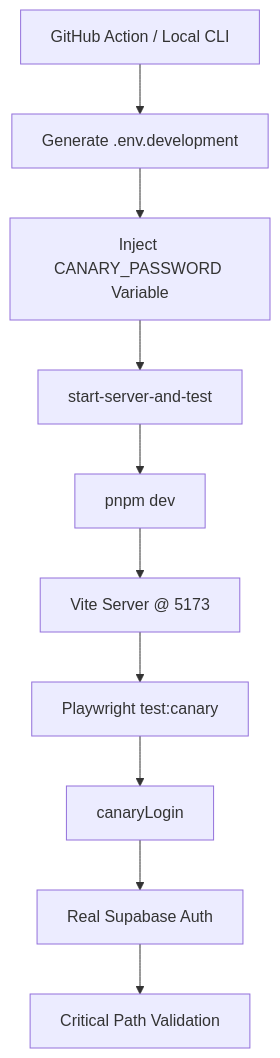
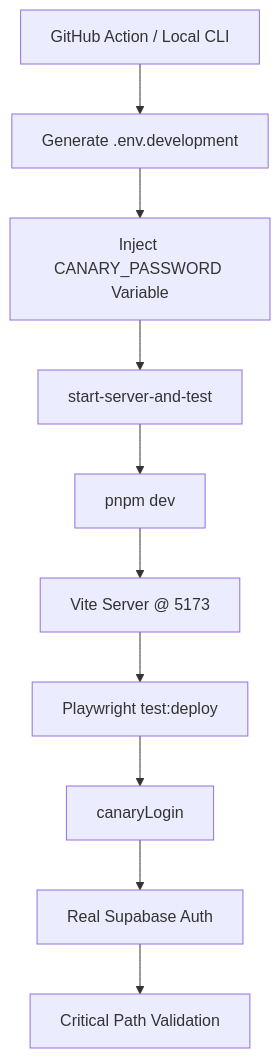
Before and after one commit to relativityE/speaksharp: the diagram in docs/ARCHITECTURE.md, drawn with Mermaid. The commit also changed other lines of this file and 6 other files, not shown here.

````diff
--- a/docs/ARCHITECTURE.md
+++ b/docs/ARCHITECTURE.md
@@ -1388,12 +1391,12 @@
 ```mermaid
 graph TD
     A[GitHub Action / Local CLI] --> B[Generate .env.development]
     B --> C[Inject CANARY_PASSWORD Variable]
     C --> D[start-server-and-test]
     D --> E[pnpm dev]
     E --> F[Vite Server @ 5173]
-    F --> G[Playwright test:canary]
+    F --> G[Playwright test:deploy]
     G --> H[canaryLogin]
     H --> I[Real Supabase Auth]
     I --> J[Critical Path Validation]
 ```
````
